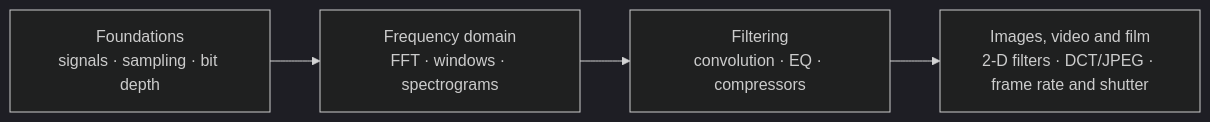
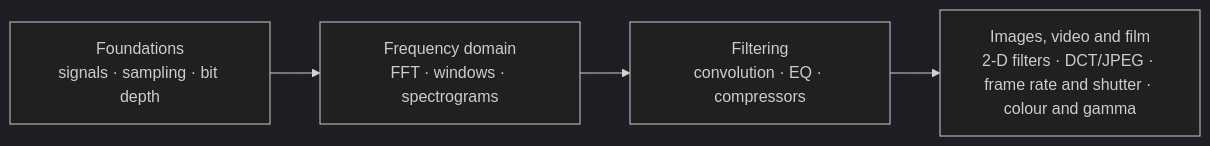
Before and after one commit to amalmehta/SignalProcessingPrimer: the diagram in README.md, drawn with Mermaid (dark theme). The commit also changed other lines of this file and 22 other files, not shown here.

First line of the commit message:
Add Lesson 13: Colour, Gamma and Chroma

````diff
--- a/README.md
+++ b/README.md
@@ -17,6 +19,6 @@
 ```mermaid
 flowchart LR
     A["Foundations<br/>signals · sampling · bit depth"] --> B["Frequency domain<br/>FFT · windows · spectrograms"]
     B --> C["Filtering<br/>convolution · EQ · compressors"]
-    C --> D["Images, video and film<br/>2-D filters · DCT/JPEG · frame rate and shutter"]
+    C --> D["Images, video and film<br/>2-D filters · DCT/JPEG · frame rate and shutter · colour and gamma"]
 ```
````
